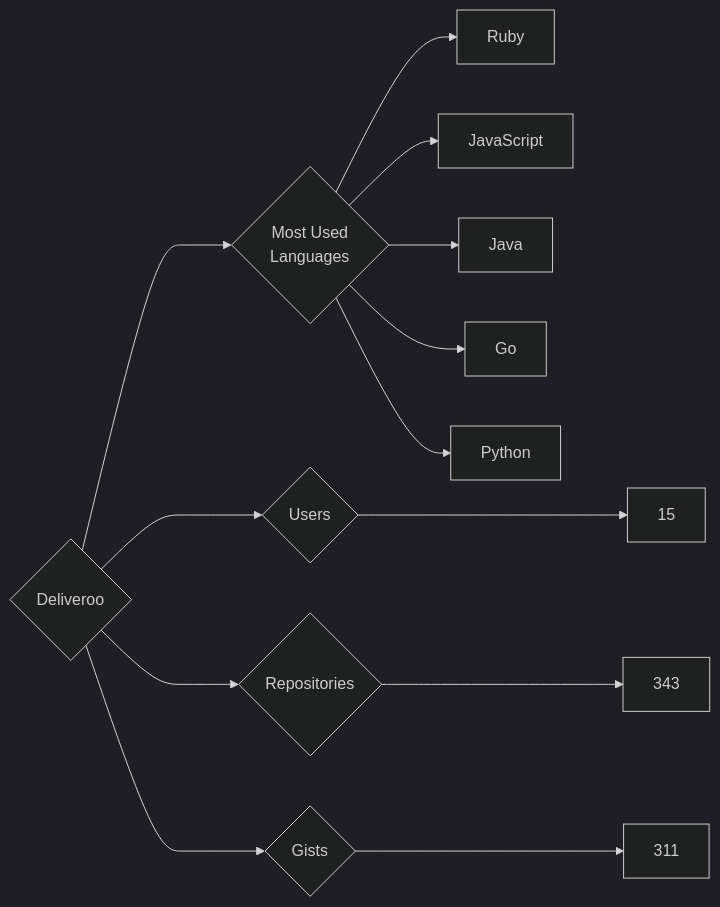
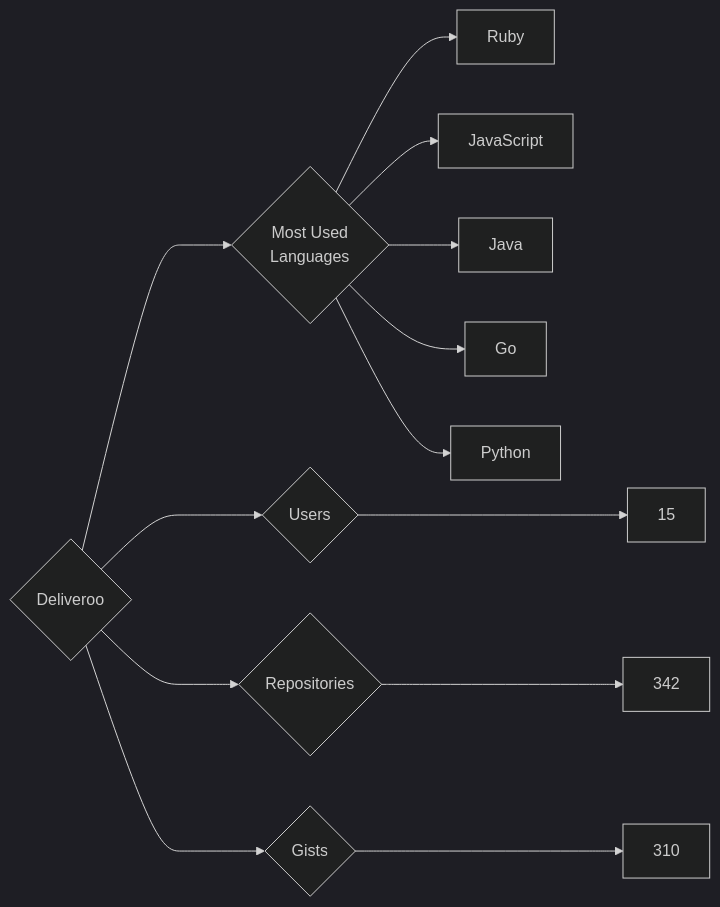
Before and after one commit to trickest/insiders: the diagram in targets/Deliveroo/README.md, drawn with Mermaid (dark theme). The commit also changed 681 other files, not shown here.

````diff
--- a/targets/Deliveroo/README.md
+++ b/targets/Deliveroo/README.md
@@ -3,13 +3,13 @@
 ```mermaid
 graph LR
 COMPANY_NAME{Deliveroo}
 COMPANY_NAME ---> U{Users} ---> UN[15]
-COMPANY_NAME ---> R{Repositories} ---> RN[343]
-COMPANY_NAME ---> G{Gists} ---> GN[311]
+COMPANY_NAME ---> R{Repositories} ---> RN[342]
+COMPANY_NAME ---> G{Gists} ---> GN[310]
 COMPANY_NAME ---> ML{Most Used<br>Languages}
 ML --> Ruby[Ruby]
 ML --> JavaScript[JavaScript]
 ML --> Java[Java]
 ML --> Go[Go]
 ML --> Python[Python]
 ```
````
